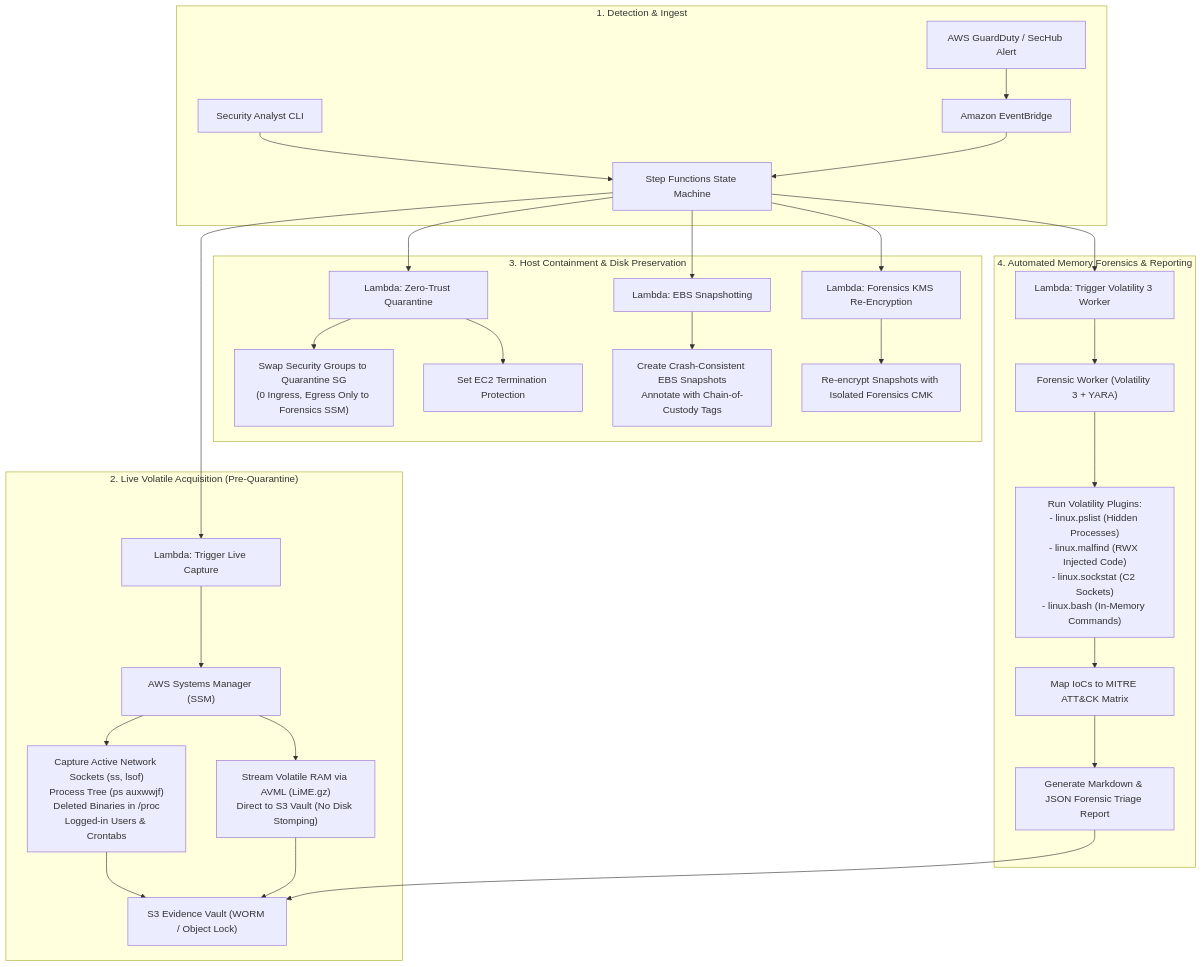
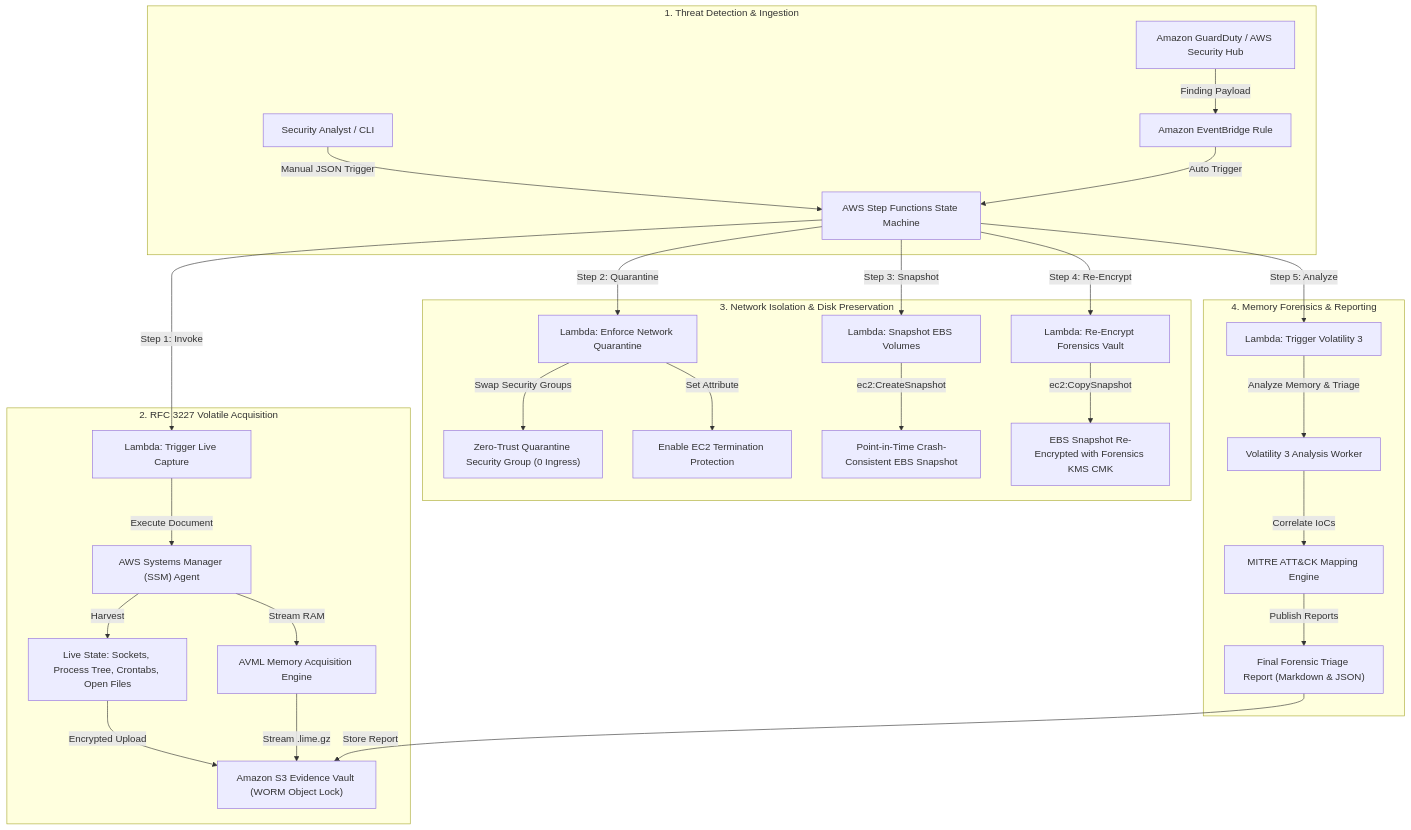
One commit to ritvikindupuri/aws-cloud-dfir changed the diagram in README.md. Above: the diagram before and after it, drawn with Mermaid. The commit also changed other lines of this file, not shown here.

Commit message:
docs: rewrite README strictly adhering to required format with no icons, system architecture diagram, tech stack, and step-by-step setup/usage guides

````diff
--- a/README.md
+++ b/README.md
@@ -19,36 +21,35 @@
 ```mermaid
 flowchart TD
-    subgraph Trigger ["1. Detection & Ingest"]
-        GD["AWS GuardDuty / SecHub Alert"] --> EB["Amazon EventBridge"]
-        Manual["Security Analyst CLI"] --> SFN["Step Functions State Machine"]
-        EB --> SFN
+    subgraph Ingestion ["1. Threat Detection & Ingestion"]
+        A["Amazon GuardDuty / AWS Security Hub"] -->|"Finding Payload"| B["Amazon EventBridge Rule"]
+        C["Security Analyst / CLI"] -->|"Manual JSON Trigger"| D["AWS Step Functions State Machine"]
+        B -->|"Auto Trigger"| D
     end
 
-    subgraph Phase1 ["2. Live Volatile Acquisition (Pre-Quarantine)"]
-        SFN --> L1["Lambda: Trigger Live Capture"]
-        L1 --> SSM["AWS Systems Manager (SSM)"]
-        SSM --> VState["Capture Active Network Sockets (ss, lsof)<br/>Process Tree (ps auxwwjf)<br/>Deleted Binaries in /proc<br/>Logged-in Users & Crontabs"]
-        SSM --> VMem["Stream Volatile RAM via AVML (LiME.gz)<br/>Direct to S3 Vault (No Disk Stomping)"]
-        VState --> S3V["S3 Evidence Vault (WORM / Object Lock)"]
-        VMem --> S3V
+    subgraph Acquisition ["2. RFC 3227 Volatile Acquisition"]
+        D -->|"Step 1: Invoke"| E["Lambda: Trigger Live Capture"]
+        E -->|"Execute Document"| F["AWS Systems Manager (SSM) Agent"]
+        F -->|"Harvest"| G["Live State: Sockets, Process Tree, Crontabs, Open Files"]
+        F -->|"Stream RAM"| H["AVML Memory Acquisition Engine"]
+        G -->|"Encrypted Upload"| I["Amazon S3 Evidence Vault (WORM Object Lock)"]
+        H -->|"Stream .lime.gz"| I
     end
 
-    subgraph Phase2 ["3. Host Containment & Disk Preservation"]
-        SFN --> L2["Lambda: Zero-Trust Quarantine"]
-        L2 --> QSG["Swap Security Groups to Quarantine SG<br/>(0 Ingress, Egress Only to Forensics SSM)"]
-        L2 --> TP["Set EC2 Termination Protection"]
-        SFN --> L3["Lambda: EBS Snapshotting"]
-        L3 --> Snap["Create Crash-Consistent EBS Snapshots<br/>Annotate with Chain-of-Custody Tags"]
-        SFN --> L4["Lambda: Forensics KMS Re-Encryption"]
-        L4 --> KMSSnap["Re-encrypt Snapshots with Isolated Forensics CMK"]
+    subgraph Containment ["3. Network Isolation & Disk Preservation"]
+        D -->|"Step 2: Quarantine"| J["Lambda: Enforce Network Quarantine"]
+        J -->|"Swap Security Groups"| K["Zero-Trust Quarantine Security Group (0 Ingress)"]
+        J -->|"Set Attribute"| L["Enable EC2 Termination Protection"]
+        D -->|"Step 3: Snapshot"| M["Lambda: Snapshot EBS Volumes"]
+        M -->|"ec2:CreateSnapshot"| N["Point-in-Time Crash-Consistent EBS Snapshot"]
+        D -->|"Step 4: Re-Encrypt"| O["Lambda: Re-Encrypt Forensics Vault"]
+        O -->|"ec2:CopySnapshot"| P["EBS Snapshot Re-Encrypted with Forensics KMS CMK"]
     end
 
-    subgraph Phase3 ["4. Automated Memory Forensics & Reporting"]
-        SFN --> L5["Lambda: Trigger Volatility 3 Worker"]
-        L5 --> ECS["Forensic Worker (Volatility 3 + YARA)"]
-        ECS --> Plugins["Run Volatility Plugins:<br/>- linux.pslist (Hidden Processes)<br/>- linux.malfind (RWX Injected Code)<br/>- linux.sockstat (C2 Sockets)<br/>- linux.bash (In-Memory Commands)"]
-        Plugins --> MITRE["Map IoCs to MITRE ATT&CK Matrix"]
-        MITRE --> Report["Generate Markdown & JSON Forensic Triage Report"]
-        Report --> S3V
+    subgraph Analysis ["4. Memory Forensics & Reporting"]
+        D -->|"Step 5: Analyze"| Q["Lambda: Trigger Volatility 3"]
+        Q -->|"Analyze Memory & Triage"| R["Volatility 3 Analysis Worker"]
+        R -->|"Correlate IoCs"| S["MITRE ATT&CK Mapping Engine"]
+        S -->|"Publish Reports"| T["Final Forensic Triage Report (Markdown & JSON)"]
+        T -->|"Store Report"| I
     end
 ```
````
